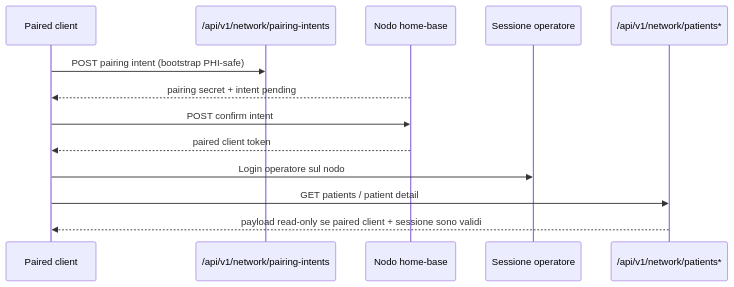
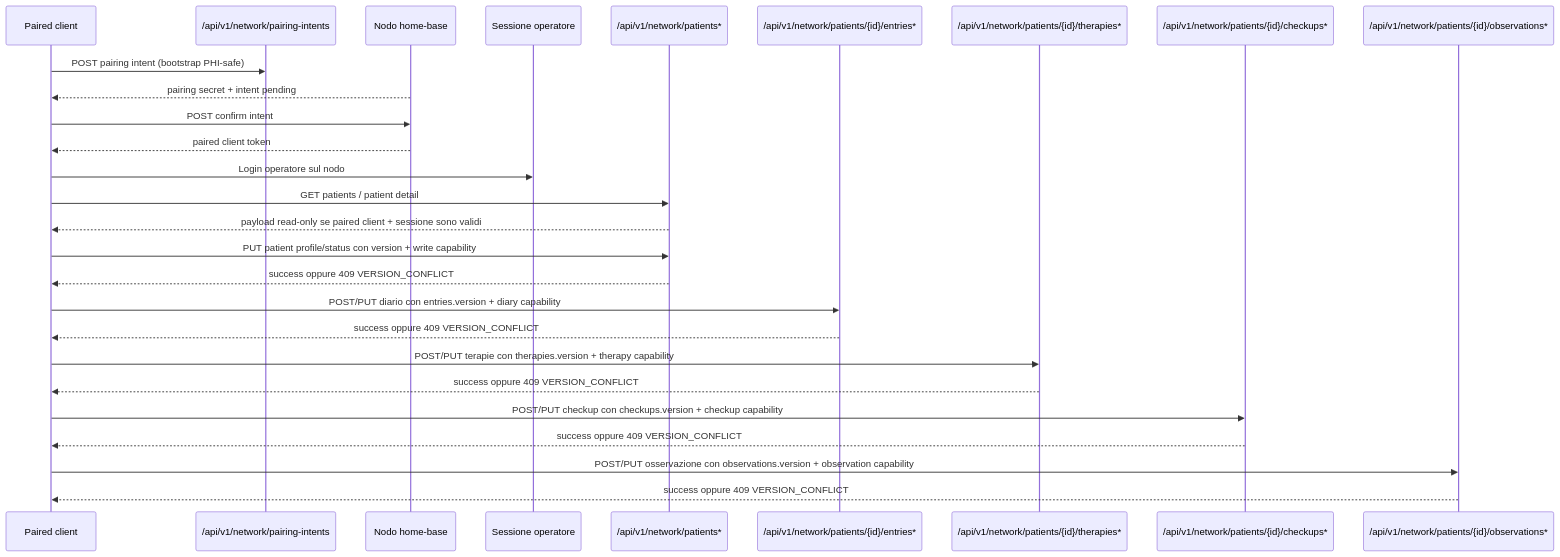
Before and after one commit to Wulfgardr/mediflow: the tenth of 10 diagrams in docs/topologia-dati-flussi.md, drawn with Mermaid. The commit also changed other lines of this file and 135 other files, not shown here.

````diff
--- a/docs/topologia-dati-flussi.md
+++ b/docs/topologia-dati-flussi.md
@@ -339,15 +341,29 @@
 ```mermaid
 sequenceDiagram
     participant Client as Paired client
     participant Pair as /api/v1/network/pairing-intents
     participant Node as Nodo home-base
     participant Session as Sessione operatore
     participant Data as /api/v1/network/patients*
+    participant Diary as /api/v1/network/patients/{id}/entries*
+    participant Therapy as /api/v1/network/patients/{id}/therapies*
+    participant Checkup as /api/v1/network/patients/{id}/checkups*
+    participant Observation as /api/v1/network/patients/{id}/observations*
     Client->>Pair: POST pairing intent (bootstrap PHI-safe)
     Node-->>Client: pairing secret + intent pending
     Client->>Node: POST confirm intent
     Node-->>Client: paired client token
     Client->>Session: Login operatore sul nodo
     Client->>Data: GET patients / patient detail
     Data-->>Client: payload read-only se paired client + sessione sono validi
+    Client->>Data: PUT patient profile/status con version + write capability
+    Data-->>Client: success oppure 409 VERSION_CONFLICT
+    Client->>Diary: POST/PUT diario con entries.version + diary capability
+    Diary-->>Client: success oppure 409 VERSION_CONFLICT
+    Client->>Therapy: POST/PUT terapie con therapies.version + therapy capability
+    Therapy-->>Client: success oppure 409 VERSION_CONFLICT
+    Client->>Checkup: POST/PUT checkup con checkups.version + checkup capability
+    Checkup-->>Client: success oppure 409 VERSION_CONFLICT
+    Client->>Observation: POST/PUT osservazione con observations.version + observation capability
+    Observation-->>Client: success oppure 409 VERSION_CONFLICT
 ```
````
